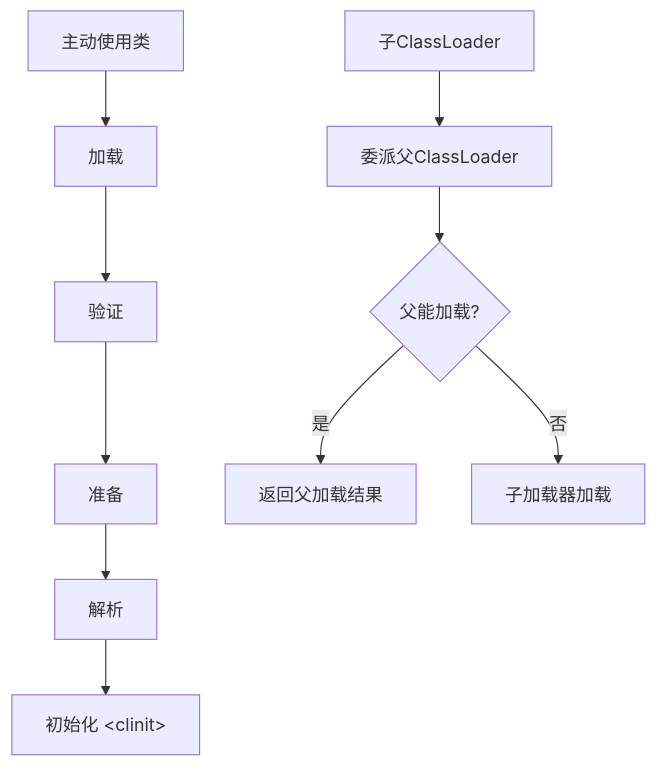
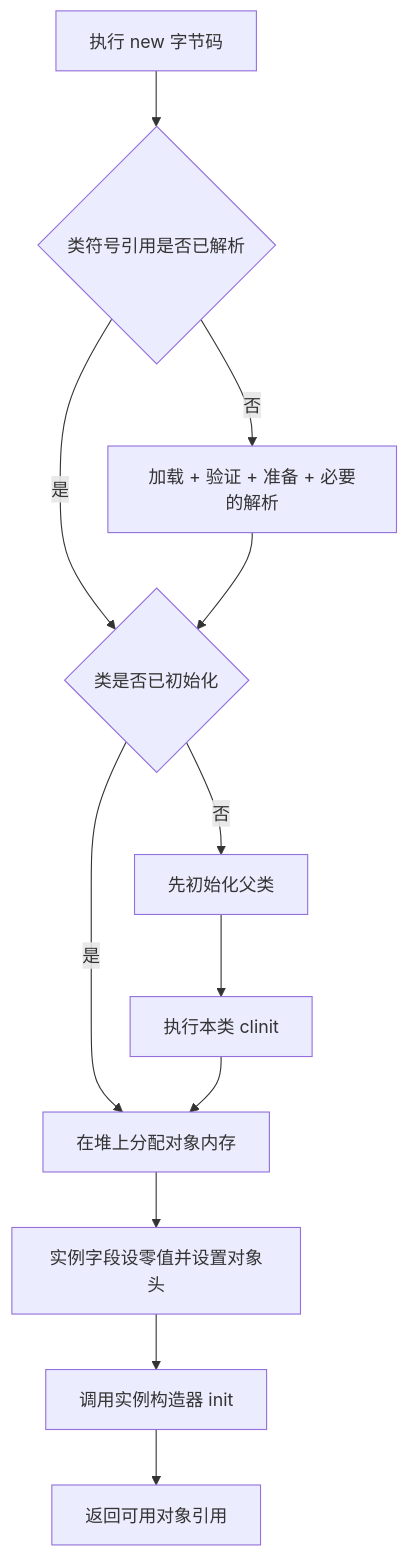
Before and after one commit to GuoWWWX/knowledge-base: the fourth of 6 diagrams in 20-Java后端/02-JVM/05-类加载机制与双亲委派.md, drawn with Mermaid. The commit also changed other lines of this file and 214 other files, not shown here.

````diff
--- a/20-Java后端/02-JVM/05-类加载机制与双亲委派.md
+++ b/20-Java后端/02-JVM/05-类加载机制与双亲委派.md
@@ -43,12 +239,14 @@
 ```mermaid
 flowchart TD
-    A[主动使用类] --> B[加载]
-    B --> C[验证]
-    C --> D[准备]
-    D --> E[解析]
-    E --> F["初始化 &lt;clinit&gt;"]
-    G[子ClassLoader] --> H[委派父ClassLoader]
-    H --> I{父能加载?}
-    I -- 是 --> J[返回父加载结果]
-    I -- 否 --> K[子加载器加载]
+    A[执行 new 字节码] --> B{类符号引用是否已解析}
+    B -- 否 --> C[加载 + 验证 + 准备 + 必要的解析]
+    B -- 是 --> D{类是否已初始化}
+    C --> D
+    D -- 否 --> E[先初始化父类]
+    E --> F[执行本类 clinit]
+    D -- 是 --> G[在堆上分配对象内存]
+    F --> G
+    G --> H[实例字段设零值并设置对象头]
+    H --> I[调用实例构造器 init]
+    I --> J[返回可用对象引用]
 ```
````
